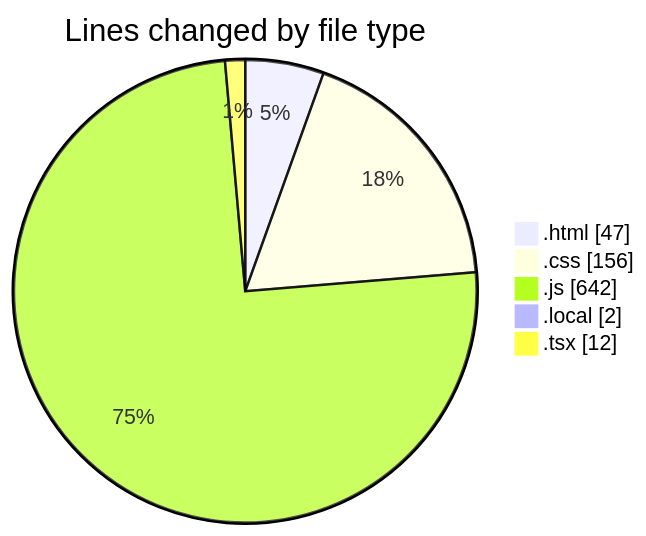
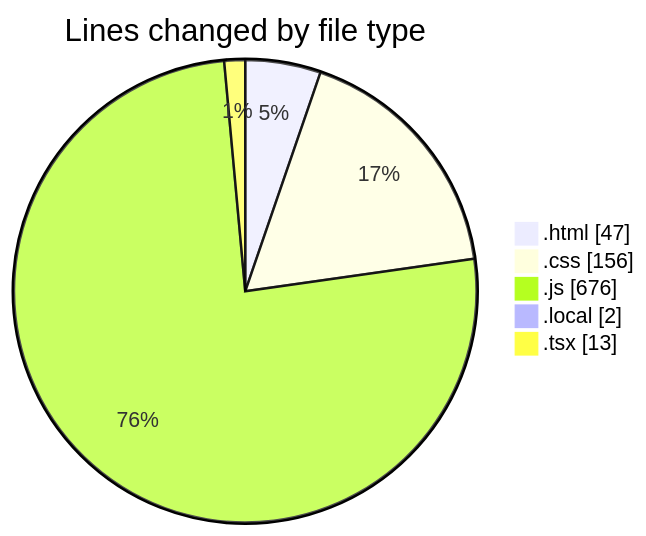
Before and after one commit to Ritupan-Deka/code-tracking: the first of 2 diagrams in 2025-05-03/projects/README.md, drawn with Mermaid. The commit also changed other lines of this file and 1 other file, not shown here.

````diff
--- a/2025-05-03/projects/README.md
+++ b/2025-05-03/projects/README.md
@@ -31,9 +31,9 @@
 ```mermaid
 pie showData
 title Lines changed by file type
 ".html" : 47
 ".css" : 156
-".js" : 642
+".js" : 676
 ".local" : 2
-".tsx" : 12
+".tsx" : 13
 ```
````
